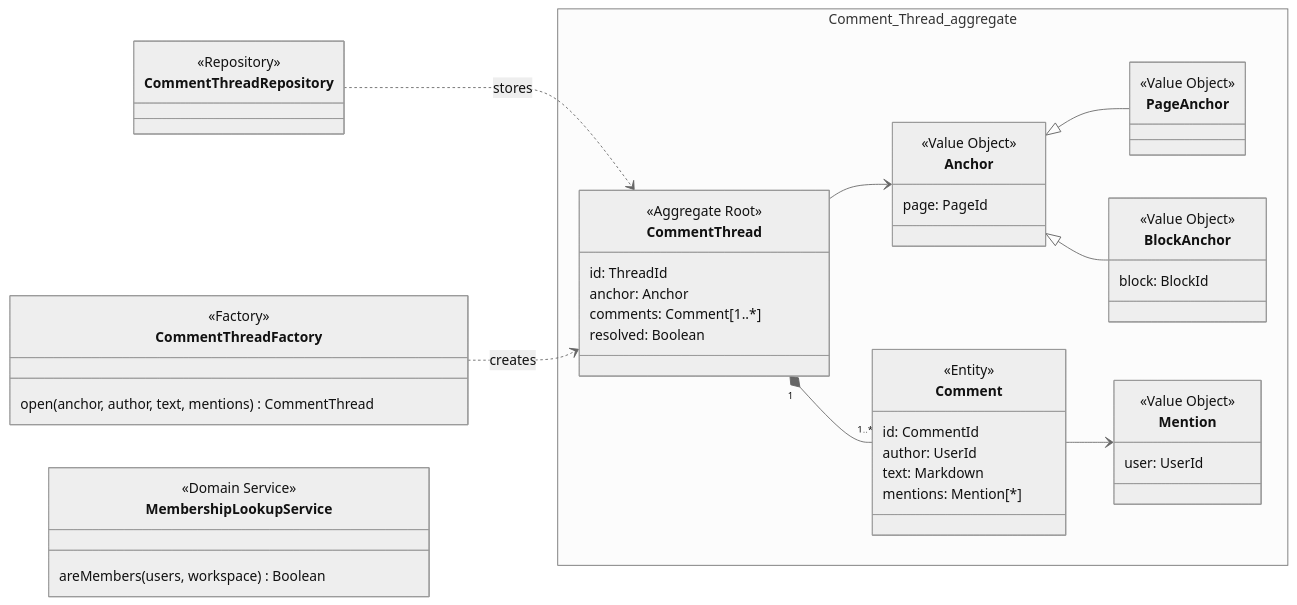
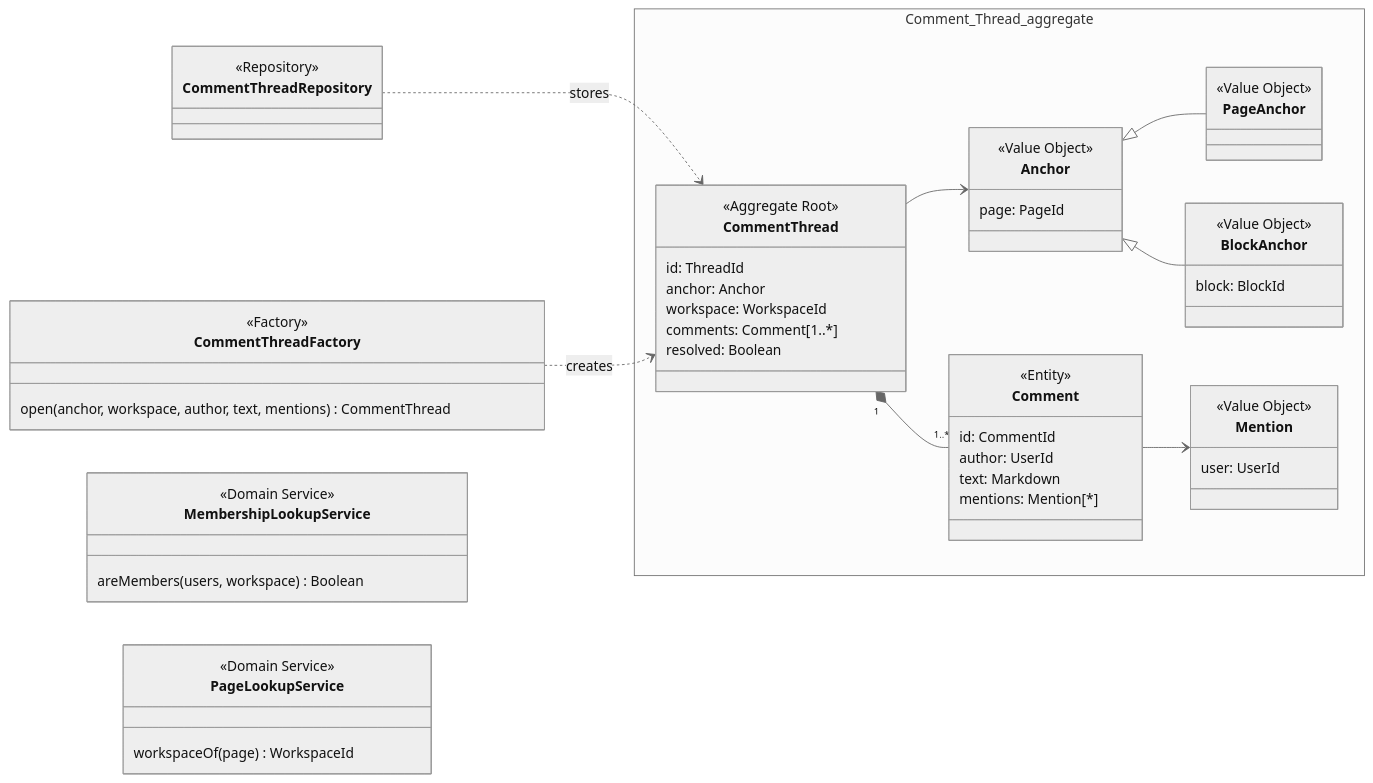
The fourth of 5 diagrams in docs/_includes/tactical-design.md (Bending-Forks/gotion), drawn with Mermaid (neutral theme) before and after one commit. The commit also changed other lines of this file and 11 other files, not shown here.

First line of the commit message:
docs: keep the workspace of a page in Editing, asked by Discussion

````diff
--- a/docs/_includes/tactical-design.md
+++ b/docs/_includes/tactical-design.md
@@ -438,53 +438,58 @@
 ```mermaid
 classDiagram
   direction LR
   namespace Comment_Thread_aggregate {
     class CommentThread {
       <<Aggregate Root>>
       id: ThreadId
       anchor: Anchor
+      workspace: WorkspaceId
       comments: Comment[1..*]
       resolved: Boolean
     }
     class Anchor {
       <<Value Object>>
       page: PageId
     }
     class PageAnchor {
       <<Value Object>>
     }
     class BlockAnchor {
       <<Value Object>>
       block: BlockId
     }
     class Comment {
       <<Entity>>
       id: CommentId
       author: UserId
       text: Markdown
       mentions: Mention[*]
     }
     class Mention {
       <<Value Object>>
       user: UserId
     }
   }
   class CommentThreadRepository {
     <<Repository>>
   }
   class CommentThreadFactory {
     <<Factory>>
-    open(anchor, author, text, mentions) CommentThread
+    open(anchor, workspace, author, text, mentions) CommentThread
   }
   class MembershipLookupService {
     <<Domain Service>>
     areMembers(users, workspace) Boolean
+  }
+  class PageLookupService {
+    <<Domain Service>>
+    workspaceOf(page) WorkspaceId
   }
   CommentThread --> Anchor
   Anchor <|-- PageAnchor
   Anchor <|-- BlockAnchor
   CommentThread "1" *-- "1..*" Comment
   Comment --> Mention
   CommentThreadRepository ..> CommentThread : stores
   CommentThreadFactory ..> CommentThread : creates
 ```
````
